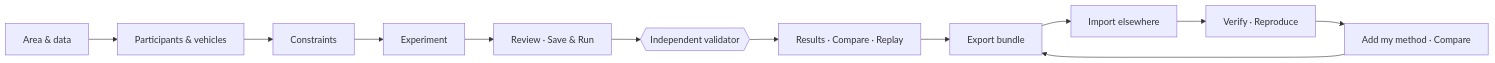
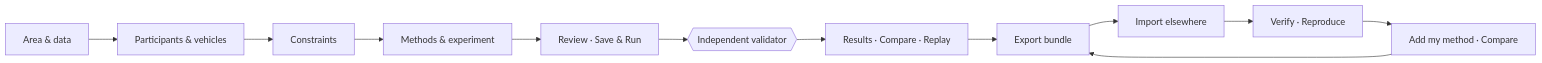
One commit to OkbaBenatia/move-openlab-framework changed the first of 2 diagrams in README.md. Above: the diagram before and after it, drawn with Mermaid. The commit also changed other lines of this file and 13 other files, not shown here.

````diff
--- a/README.md
+++ b/README.md
@@ -49,7 +66,7 @@
 ```mermaid
 flowchart LR
-  A[Area & data] --> S[Participants & vehicles] --> K[Constraints] --> M[Experiment] --> W[Review · Save & Run]
+  A[Area & data] --> S[Participants & vehicles] --> K[Constraints] --> M[Methods & experiment] --> W[Review · Save & Run]
   W --> V{{Independent validator}} --> C[Results · Compare · Replay]
   C --> E[Export bundle]
   E --> I[Import elsewhere] --> X[Verify · Reproduce] --> N[Add my method · Compare] --> E
 ```
````
